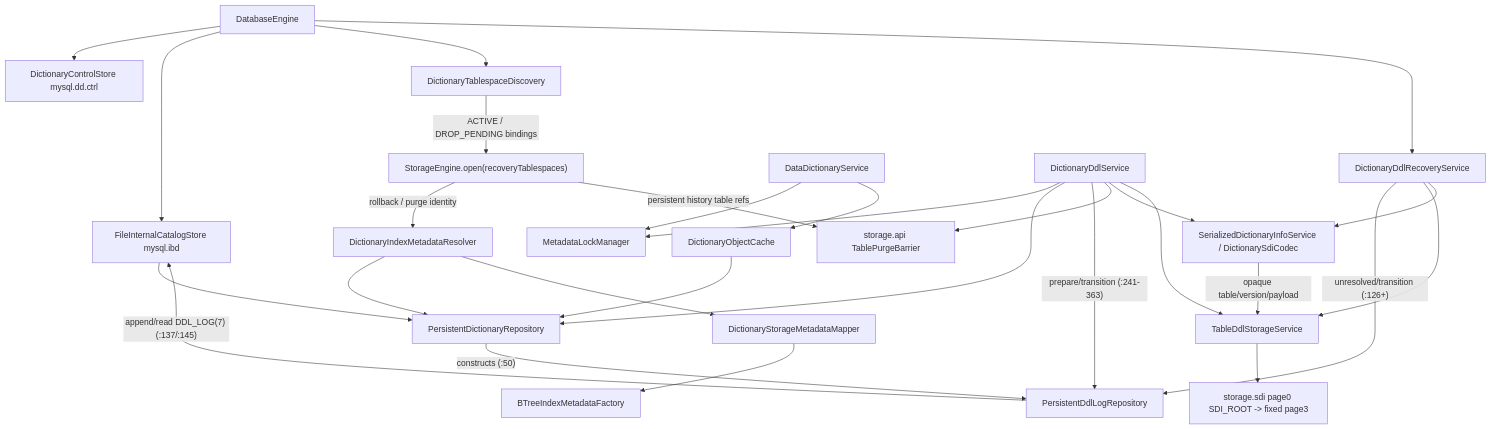
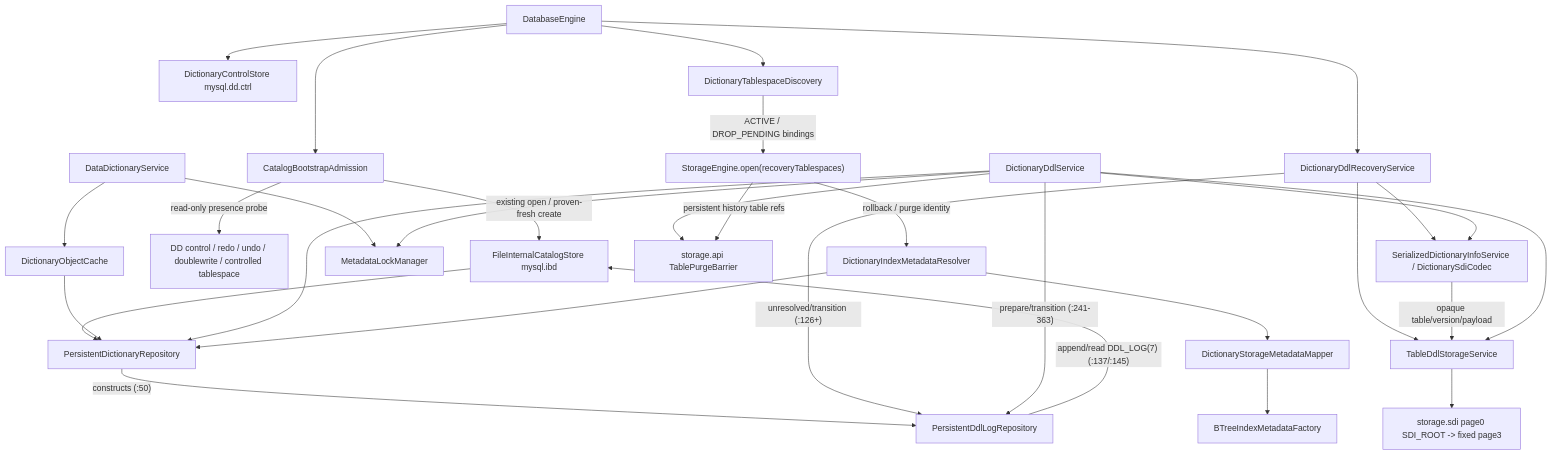
The tenth of 11 diagrams in docs/design/current-implementation-map.md (mywnlb/dbtest), drawn with Mermaid before and after one commit. The commit also changed other lines of this file and 43 other files, not shown here.

````diff
--- a/docs/design/current-implementation-map.md
+++ b/docs/design/current-implementation-map.md
@@ -635,30 +635,32 @@
 ```mermaid
 flowchart TD
   Engine["DatabaseEngine"] --> Control["DictionaryControlStore mysql.dd.ctrl"]
-  Engine --> Catalog["FileInternalCatalogStore mysql.ibd"]
+  Engine --> Admission["CatalogBootstrapAdmission"]
+  Admission -->|"existing open / proven-fresh create"| Catalog["FileInternalCatalogStore mysql.ibd"]
+  Admission -->|"read-only presence probe"| Evidence["DD control / redo / undo / doublewrite / controlled tablespace"]
   Catalog --> Repo["PersistentDictionaryRepository"]
   Repo -->|"constructs (:50)"| DdlLog["PersistentDdlLogRepository"]
   DdlLog -->|"append/read DDL_LOG(7) (:137/:145)"| Catalog
   Engine --> Discovery["DictionaryTablespaceDiscovery"]
   Discovery -->|ACTIVE / DROP_PENDING bindings| Storage["StorageEngine.open(recoveryTablespaces)"]
   Engine --> DdlRecovery["DictionaryDdlRecoveryService"]
   DdlRecovery -->|"unresolved/transition (:126+)"| DdlLog
   DdlRecovery --> Physical["TableDdlStorageService"]
   DdlRecovery --> Sdi["SerializedDictionaryInfoService / DictionarySdiCodec"]
   DdService["DataDictionaryService"] --> Mdl["MetadataLockManager"]
   DdService --> Cache["DictionaryObjectCache"]
   Cache --> Repo
   Ddl["DictionaryDdlService"] --> Mdl
   Ddl --> Repo
   Ddl -->|"prepare/transition (:241-363)"| DdlLog
   Ddl --> Barrier["storage.api TablePurgeBarrier"]
   Ddl --> Sdi
   Sdi -->|"opaque table/version/payload"| Physical
   Ddl --> Physical
   Physical --> SdiPage["storage.sdi page0 SDI_ROOT -> fixed page3"]
   Resolver["DictionaryIndexMetadataResolver"] --> Repo
   Resolver --> Mapper["DictionaryStorageMetadataMapper"]
   Mapper --> Factory["BTreeIndexMetadataFactory"]
   Storage -->|rollback / purge identity| Resolver
   Storage -->|persistent history table refs| Barrier
 ```
````
